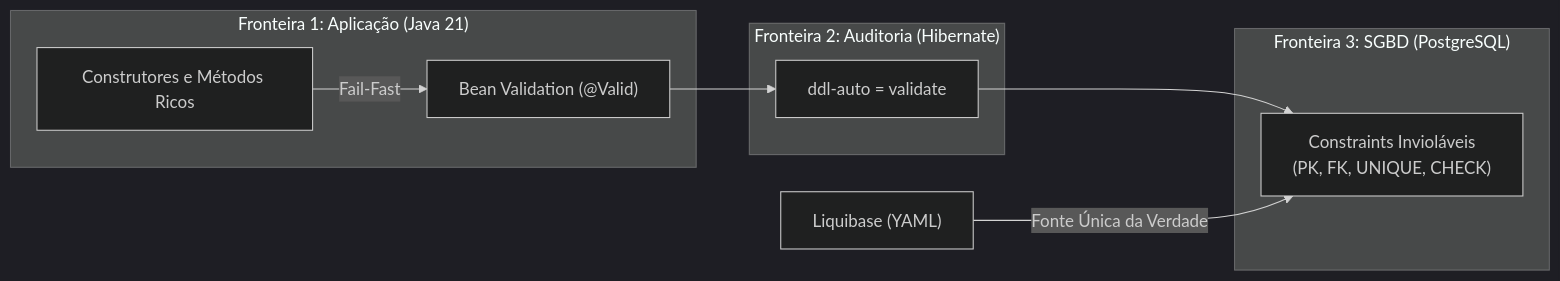
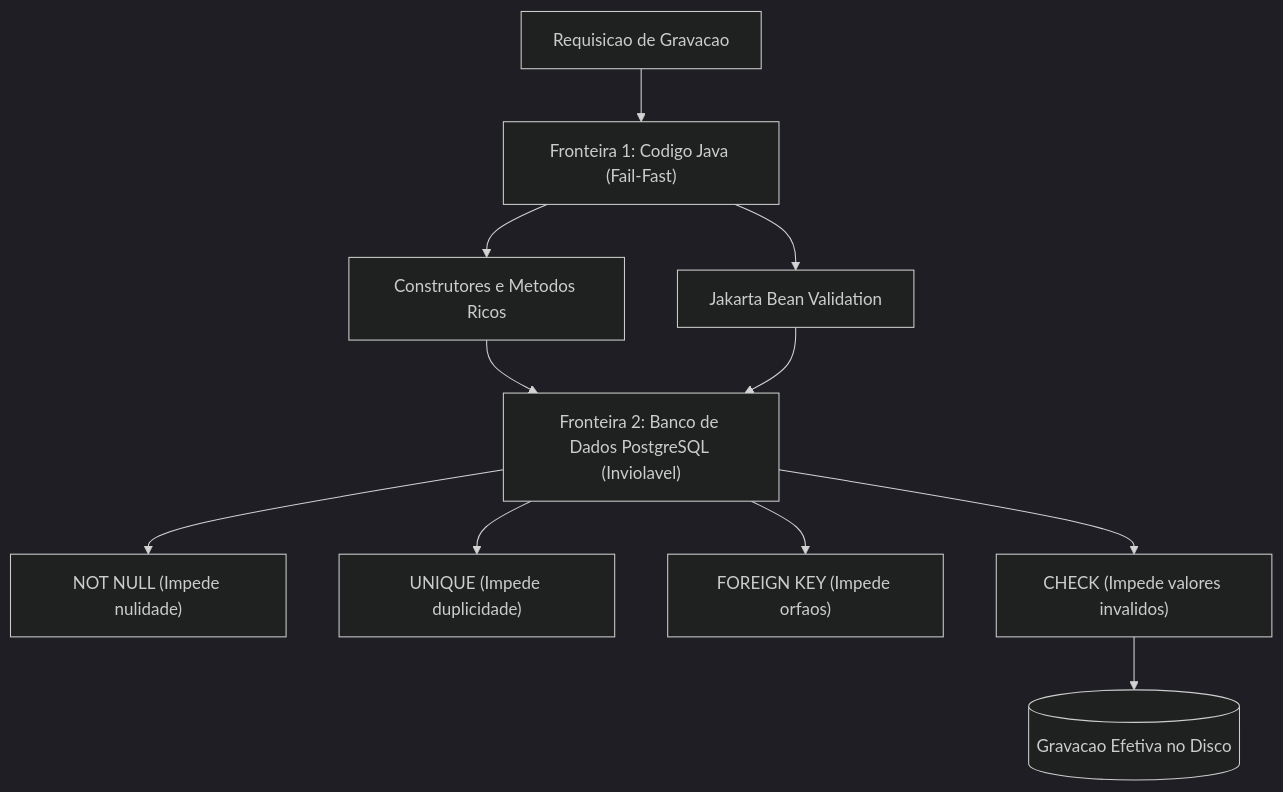
One commit to murilolol/unifef changed diagram 15 of 23 in 4º Semestre/[Prof. Jefferson Passerini] Laboratório de Programação IV/Resumos-IA/Simulados-Comentados.md. Above: the diagram before and after it, drawn with Mermaid (dark theme). The commit also changed other lines of this file and 58 other files, not shown here.

````diff
--- a/4º Semestre/[Prof. Jefferson Passerini] Laboratório de Programação IV/Resumos-IA/Simulados-Comentados.md
+++ b/4º Semestre/[Prof. Jefferson Passerini] Laboratório de Programação IV/Resumos-IA/Simulados-Comentados.md
@@ -896,13 +729,13 @@
 ```mermaid
-flowchart LR
- subgraph Camada_Aplicacao ["Fronteira 1: Aplicação (Java 21)"]
- C["Construtores e Métodos Ricos"] -->|"Fail-Fast"| BV["Bean Validation (@Valid)"]
- end
- subgraph Camada_Persistencia ["Fronteira 2: Auditoria (Hibernate)"]
- BV --> HIB["ddl-auto = validate"]
- end
- subgraph Camada_Banco ["Fronteira 3: SGBD (PostgreSQL)"]
- HIB --> PG["Constraints Invioláveis<br>(PK, FK, UNIQUE, CHECK)"]
- end
- LIQ["Liquibase (YAML)"] -->|"Fonte Única da Verdade"| PG
+flowchart TD
+    Req["Requisicao de Gravacao"] --> F1["Fronteira 1: Codigo Java (Fail-Fast)"]
+    F1 --> C1["Construtores e Metodos Ricos"]
+    F1 --> C2["Jakarta Bean Validation"]
+    C1 --> F2["Fronteira 2: Banco de Dados PostgreSQL (Inviolavel)"]
+    C2 --> F2
+    F2 --> B1["NOT NULL (Impede nulidade)"]
+    F2 --> B2["UNIQUE (Impede duplicidade)"]
+    F2 --> B3["FOREIGN KEY (Impede orfaos)"]
+    F2 --> B4["CHECK (Impede valores invalidos)"]
+    B4 --> Gravacao[("Gravacao Efetiva no Disco")]
 ```
````
